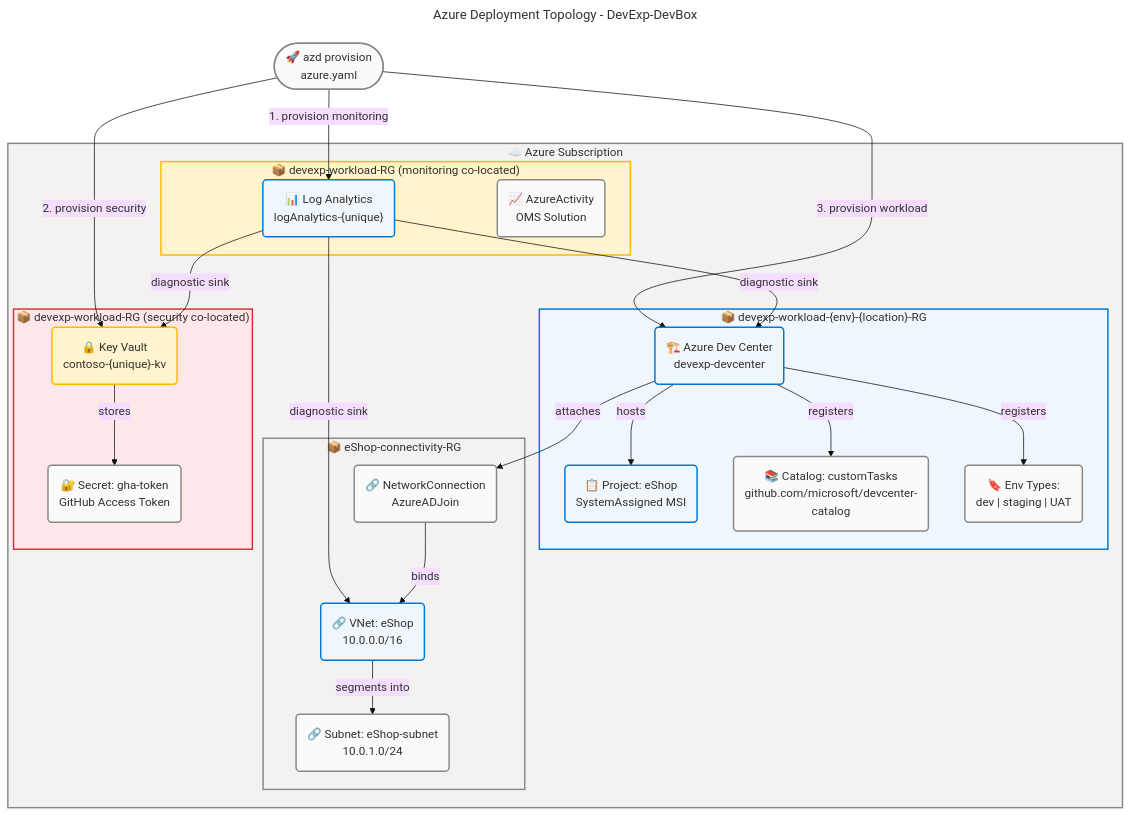
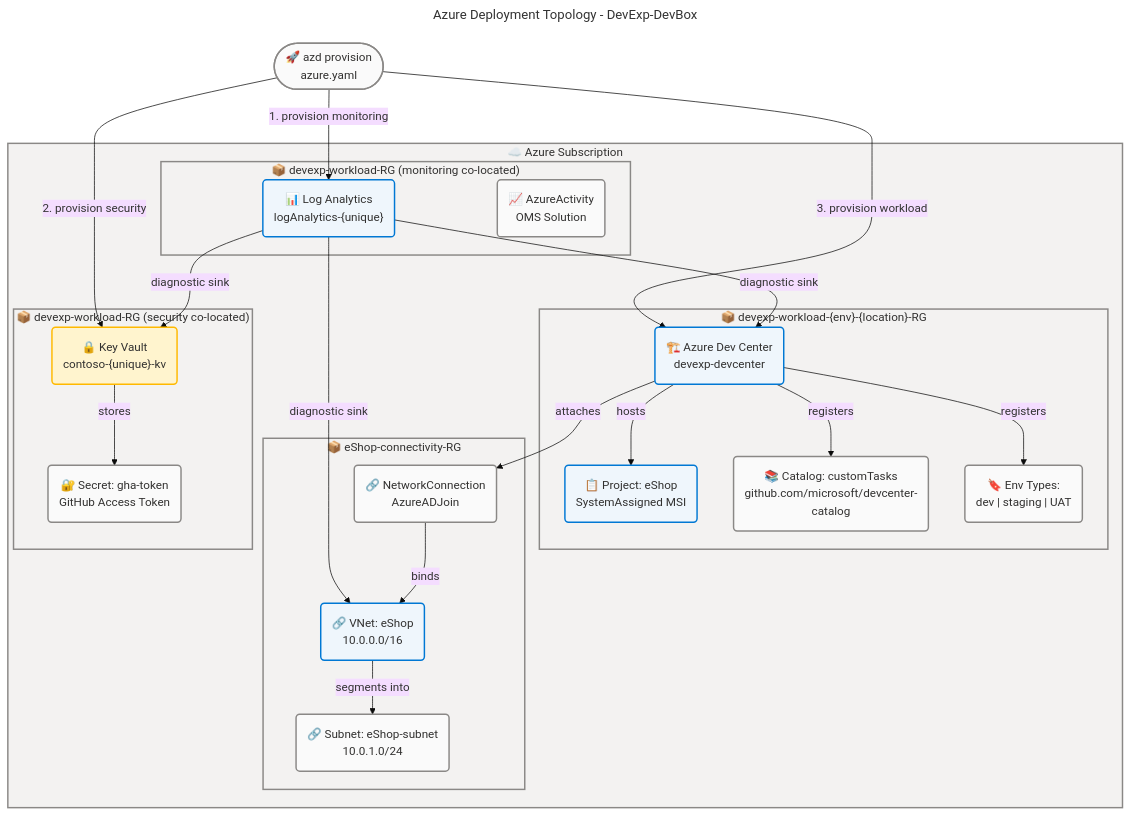
One commit to Evilazaro/DevExp-DevBox changed the second of 6 diagrams in docs/architecture/technology-architecture.md. Above: the diagram before and after it, drawn with Mermaid. The commit also changed other lines of this file and 2 other files, not shown here.

Commit message:
refactor: Update Mermaid diagram styles for improved visual consistency across architecture documents

````diff
--- a/docs/architecture/technology-architecture.md
+++ b/docs/architecture/technology-architecture.md
@@ -430,81 +430,81 @@
 ```mermaid
 ---
 title: Azure Deployment Topology - DevExp-DevBox
 config:
   theme: base
   look: classic
   layout: dagre
   themeVariables:
     fontSize: '16px'
   flowchart:
     htmlLabels: true
 ---
 flowchart TB
     accTitle: Azure Deployment Topology - DevExp-DevBox
     accDescr: Shows the Azure subscription deployment topology with resource groups, contained resources, and provisioning dependencies
 
     %% ═══════════════════════════════════════════════════════════════════════════
     %% AZURE / FLUENT ARCHITECTURE PATTERN v1.1
     %% (Semantic + Structural + Font + Accessibility Governance)
     %% ═══════════════════════════════════════════════════════════════════════════
     %% PHASE 1 - FLUENT UI: All styling uses approved Fluent UI palette only
     %% PHASE 2 - GROUPS: Every subgraph has semantic color via style directive
     %% PHASE 3 - COMPONENTS: Every node has semantic classDef + icon prefix
     %% PHASE 4 - ACCESSIBILITY: accTitle/accDescr present, WCAG AA contrast
     %% PHASE 5 - STANDARD: Governance block present, classDefs centralized
     %% ═══════════════════════════════════════════════════════════════════════════
 
     AZD(["🚀 azd provision<br/>azure.yaml"]):::neutral
 
     subgraph Sub["☁️ Azure Subscription"]
 
         subgraph WL_RG["📦 devexp-workload-{env}-{location}-RG"]
             DevCenter("🏗️ Azure Dev Center<br/>devexp-devcenter"):::core
             eShopProj("📋 Project: eShop<br/>SystemAssigned MSI"):::core
             DCCat("📚 Catalog: customTasks<br/>github.com/microsoft/devcenter-catalog"):::neutral
             DevEnv("🔖 Env Types:<br/>dev | staging | UAT"):::neutral
         end
 
         subgraph ConnRG["📦 eShop-connectivity-RG"]
             VNet("🔗 VNet: eShop<br/>10.0.0.0/16"):::core
             Subnet("🔗 Subnet: eShop-subnet<br/>10.0.1.0/24"):::neutral
             NetConn("🔗 NetworkConnection<br/>AzureADJoin"):::neutral
         end
 
         subgraph SecRG["📦 devexp-workload-RG (security co-located)"]
             KV("🔒 Key Vault<br/>contoso-{unique}-kv"):::warning
             KVSec("🔐 Secret: gha-token<br/>GitHub Access Token"):::neutral
         end
 
         subgraph MonRG["📦 devexp-workload-RG (monitoring co-located)"]
             LA("📊 Log Analytics<br/>logAnalytics-{unique}"):::core
             ActSol("📈 AzureActivity<br/>OMS Solution"):::neutral
         end
 
     end
 
     AZD -->|"1. provision monitoring"| LA
     AZD -->|"2. provision security"| KV
     AZD -->|"3. provision workload"| DevCenter
     LA -->|"diagnostic sink"| DevCenter
     LA -->|"diagnostic sink"| KV
     LA -->|"diagnostic sink"| VNet
     KV -->|"stores"| KVSec
     DevCenter -->|"hosts"| eShopProj
     DevCenter -->|"registers"| DCCat
     DevCenter -->|"registers"| DevEnv
     DevCenter -->|"attaches"| NetConn
     NetConn -->|"binds"| VNet
     VNet -->|"segments into"| Subnet
 
     %% Centralized classDefs
     classDef neutral fill:#FAFAFA,stroke:#8A8886,stroke-width:2px,color:#323130
     classDef core fill:#EFF6FC,stroke:#0078D4,stroke-width:2px,color:#323130
     classDef warning fill:#FFF4CE,stroke:#FFB900,stroke-width:2px,color:#323130
 
     style Sub fill:#F3F2F1,stroke:#8A8886,stroke-width:2px,color:#323130
-    style WL_RG fill:#EFF6FC,stroke:#0078D4,stroke-width:2px,color:#323130
+    style WL_RG fill:#F3F2F1,stroke:#8A8886,stroke-width:2px,color:#323130
     style ConnRG fill:#F3F2F1,stroke:#8A8886,stroke-width:2px,color:#323130
-    style SecRG fill:#FDE7E9,stroke:#D13438,stroke-width:2px,color:#323130
-    style MonRG fill:#FFF4CE,stroke:#FFB900,stroke-width:2px,color:#323130
+    style SecRG fill:#F3F2F1,stroke:#8A8886,stroke-width:2px,color:#323130
+    style MonRG fill:#F3F2F1,stroke:#8A8886,stroke-width:2px,color:#323130
 ```
````
